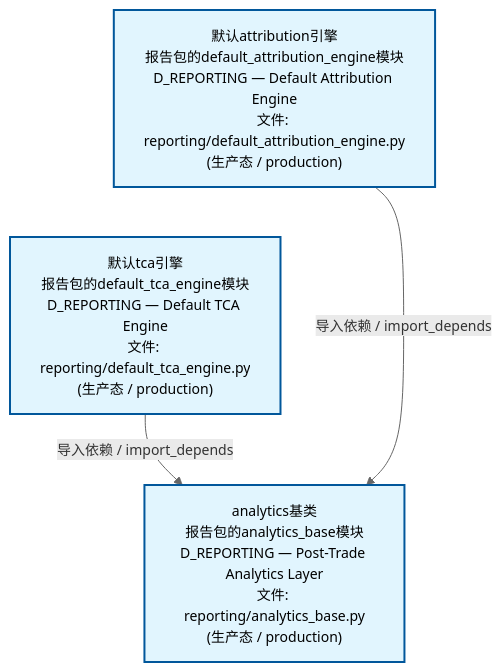
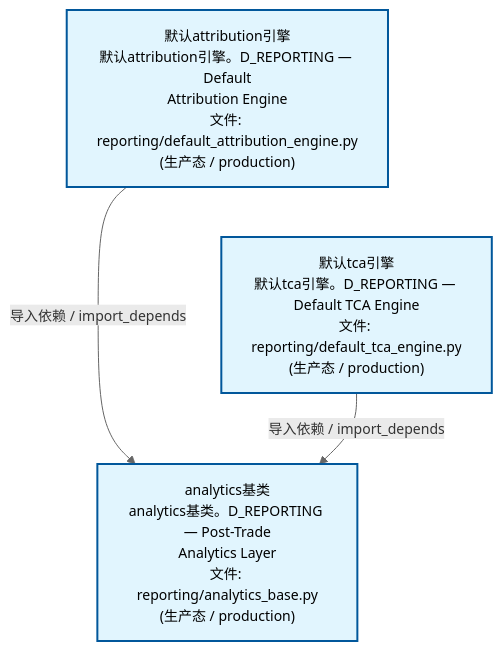
Before and after one commit to xuanFelixVan/ZephyrAlpha: the second of 4 diagrams in docs/02_enterprise_architecture/02_domain_architecture_docs/26_d_reporting.md, drawn with Mermaid. The commit also changed other lines of this file and 58 other files, not shown here.

````diff
--- a/docs/02_enterprise_architecture/02_domain_architecture_docs/26_d_reporting.md
+++ b/docs/02_enterprise_architecture/02_domain_architecture_docs/26_d_reporting.md
@@ -117,15 +117,15 @@
 ```mermaid
 %%{init: {'theme': 'base', 'themeVariables': {'primaryColor': '#eaeaea', 'primaryTextColor': '#333333', 'primaryBorderColor': '#666666', 'lineColor': '#666666', 'secondaryColor': '#eaeaea', 'tertiaryColor': '#eaeaea', 'fontSize': '14px'}}}%%
 flowchart TD
-    src_zephyr_reporting_default_attribution_engine_py["默认attribution引擎<br/>报告包的default_attribution_engine模块<br/>D_REPORTING — Default Attribution Engine<br/>文件: reporting/default_attribution_engine.py<br/>(生产态 / production)"]
-    src_zephyr_reporting_default_tca_engine_py["默认tca引擎<br/>报告包的default_tca_engine模块<br/>D_REPORTING — Default TCA Engine<br/>文件: reporting/default_tca_engine.py<br/>(生产态 / production)"]
+    src_zephyr_reporting_default_attribution_engine_py["默认attribution引擎<br/>默认attribution引擎。D_REPORTING — Default<br/>Attribution Engine<br/>文件: reporting/default_attribution_engine.py<br/>(生产态 / production)"]
+    src_zephyr_reporting_default_tca_engine_py["默认tca引擎<br/>默认tca引擎。D_REPORTING — Default TCA Engine<br/>文件: reporting/default_tca_engine.py<br/>(生产态 / production)"]
     src_zephyr_reporting_default_attribution_engine_py ~~~ src_zephyr_reporting_default_tca_engine_py
-    src_zephyr_reporting_analytics_base_py["analytics基类<br/>报告包的analytics_base模块<br/>D_REPORTING — Post-Trade Analytics Layer<br/>文件: reporting/analytics_base.py<br/>(生产态 / production)"]
+    src_zephyr_reporting_analytics_base_py["analytics基类<br/>analytics基类。D_REPORTING — Post-Trade<br/>Analytics Layer<br/>文件: reporting/analytics_base.py<br/>(生产态 / production)"]
+    src_zephyr_reporting_default_attribution_engine_py -->|导入依赖 / import_depends| src_zephyr_reporting_analytics_base_py
     src_zephyr_reporting_default_tca_engine_py -->|导入依赖 / import_depends| src_zephyr_reporting_analytics_base_py
-    src_zephyr_reporting_default_attribution_engine_py -->|导入依赖 / import_depends| src_zephyr_reporting_analytics_base_py
     classDef production fill:#e1f5fe,stroke:#01579b,stroke-width:2px,color:#000
     classDef design fill:#fff3e0,stroke:#e65100,stroke-width:2px,color:#000,stroke-dasharray: 5 5
     classDef external_prod fill:#e8f4fd,stroke:#0277bd,stroke-width:1px,color:#000
     classDef external_design fill:#fff8e7,stroke:#ef6c00,stroke-width:1px,color:#000,stroke-dasharray: 5 5
     class src_zephyr_reporting_analytics_base_py,src_zephyr_reporting_default_attribution_engine_py,src_zephyr_reporting_default_tca_engine_py production
 ```
````
